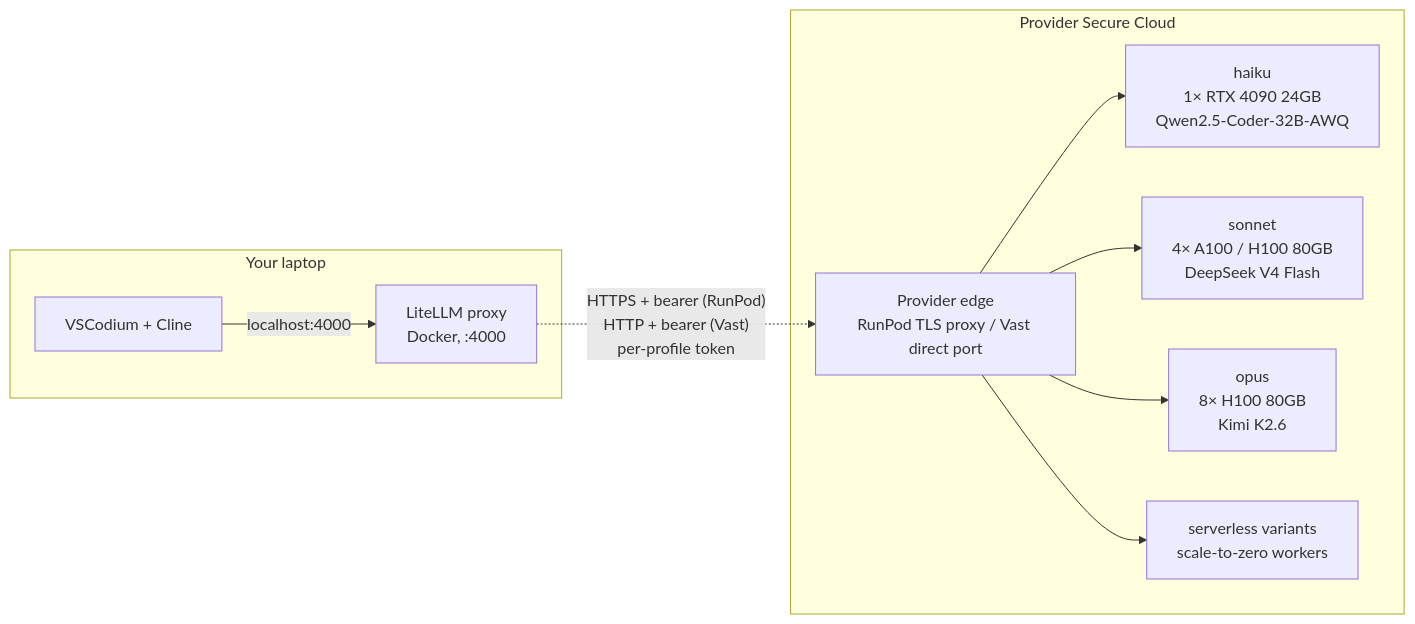
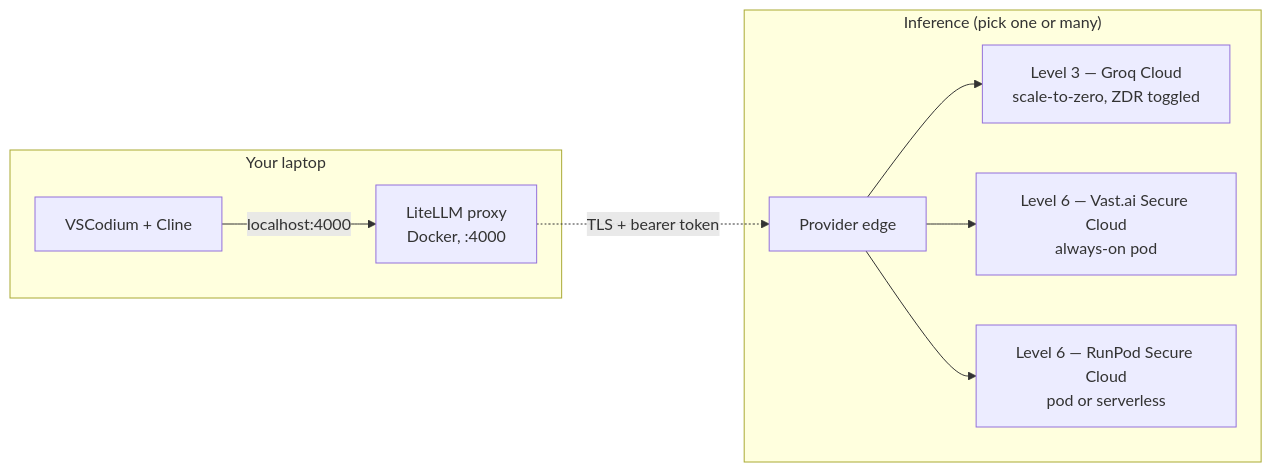
One commit to dealright/zdr-coder changed the diagram in README.md. Above: the diagram before and after it, drawn with Mermaid. The commit also changed other lines of this file and 8 other files, not shown here.

First line of the commit message:
feat(api): add Level 3 mode via Groq Cloud + restructure docs around 6-tier privacy ladder

````diff
--- a/README.md
+++ b/README.md
@@ -56,16 +119,15 @@
 ```mermaid
 flowchart LR
     subgraph laptop["Your laptop"]
         Cline["VSCodium + Cline"]
         LiteLLM["LiteLLM proxy<br/>Docker, :4000"]
         Cline -->|"localhost:4000"| LiteLLM
     end
-    LiteLLM -.->|"HTTPS + bearer (RunPod)<br/>HTTP + bearer (Vast)<br/>per-profile token"| Edge
-    subgraph providers["Provider Secure Cloud"]
-        Edge["Provider edge<br/>RunPod TLS proxy / Vast direct port"]
-        Edge --> GPUH["haiku<br/>1× RTX 4090 24GB<br/>Qwen2.5-Coder-32B-AWQ"]
-        Edge --> GPUS["sonnet<br/>4× A100 / H100 80GB<br/>DeepSeek V4 Flash"]
-        Edge --> GPUO["opus<br/>8× H100 80GB<br/>Kimi K2.6"]
-        Edge --> SLS["serverless variants<br/>scale-to-zero workers"]
+    LiteLLM -.->|"TLS + bearer token"| Edge
+    subgraph providers["Inference (pick one or many)"]
+        Edge["Provider edge"]
+        Edge --> API["Level 3 — Groq Cloud<br/>scale-to-zero, ZDR toggled"]
+        Edge --> Vast["Level 6 — Vast.ai Secure Cloud<br/>always-on pod"]
+        Edge --> RP["Level 6 — RunPod Secure Cloud<br/>pod or serverless"]
     end
 ```
````
